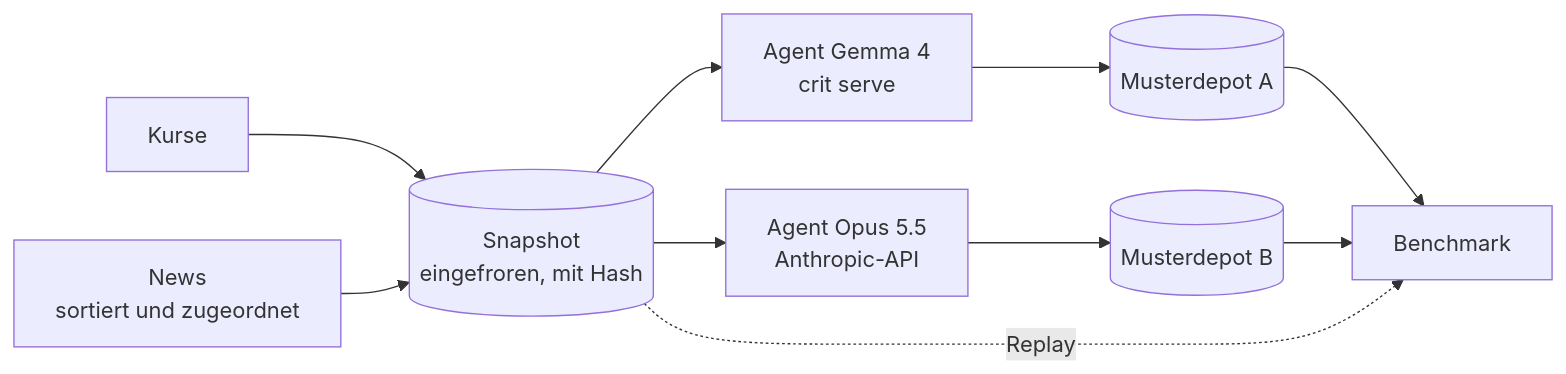
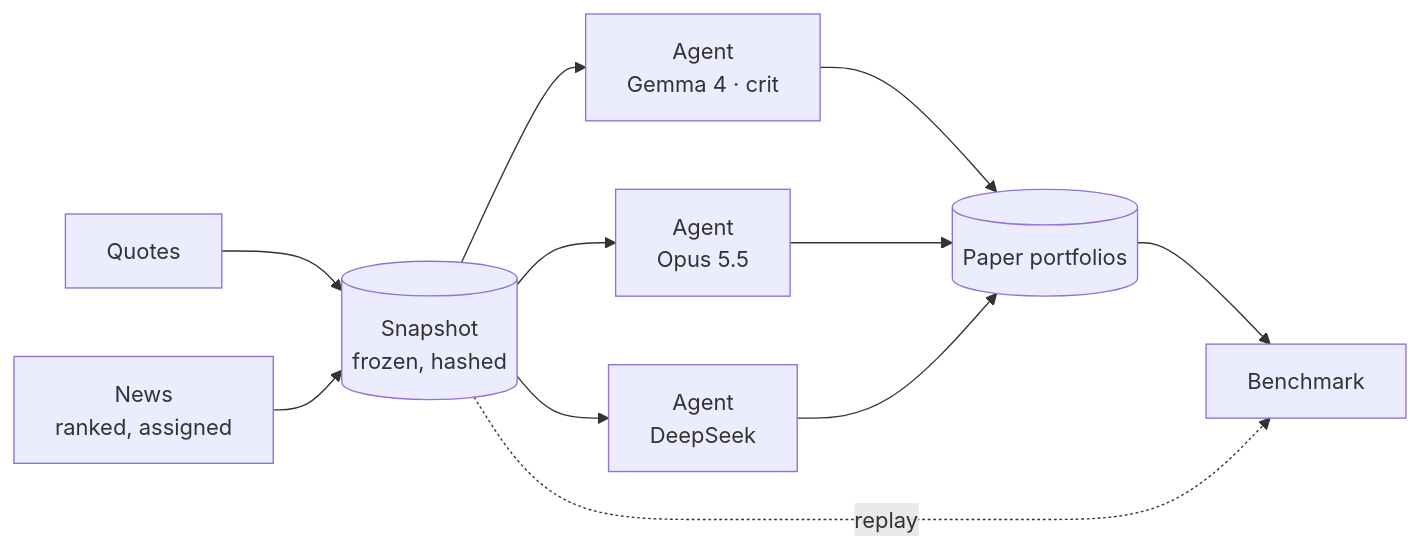
The diagram in README.md (Dualshok3/trade-hub), drawn with Mermaid before and after one commit. The commit also changed other lines of this file and 3 other files, not shown here.

````diff
--- a/README.md
+++ b/README.md
@@ -23,12 +58,13 @@
 ```mermaid
 flowchart LR
-    K[Kurse] --> SN[(Snapshot<br/>eingefroren, mit Hash)]
-    N[News<br/>sortiert und zugeordnet] --> SN
-    SN --> A1[Agent Gemma 4<br/>crit serve]
-    SN --> A2[Agent Opus 5.5<br/>Anthropic-API]
-    A1 --> D1[(Musterdepot A)]
-    A2 --> D2[(Musterdepot B)]
-    D1 --> B[Benchmark]
-    D2 --> B
-    SN -.Replay.-> B
+    K[Quotes] --> SN[(Snapshot<br/>frozen, hashed)]
+    N[News<br/>ranked, assigned] --> SN
+    SN --> G[Agent<br/>Gemma 4 · crit]
+    SN --> O[Agent<br/>Opus 5.5]
+    SN --> D[Agent<br/>DeepSeek]
+    G --> P[(Paper portfolios)]
+    O --> P
+    D --> P
+    P --> B[Benchmark]
+    SN -.replay.-> B
 ```
````
